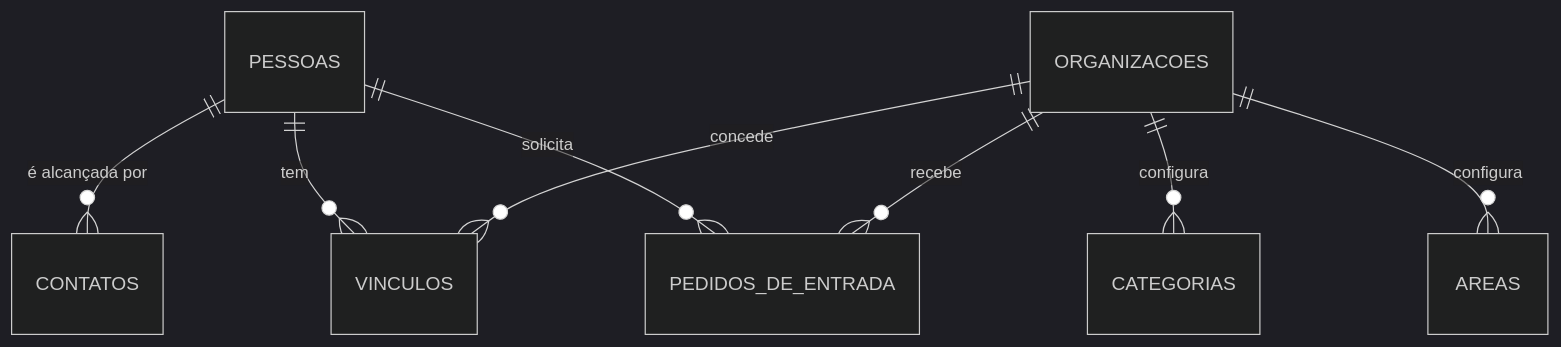
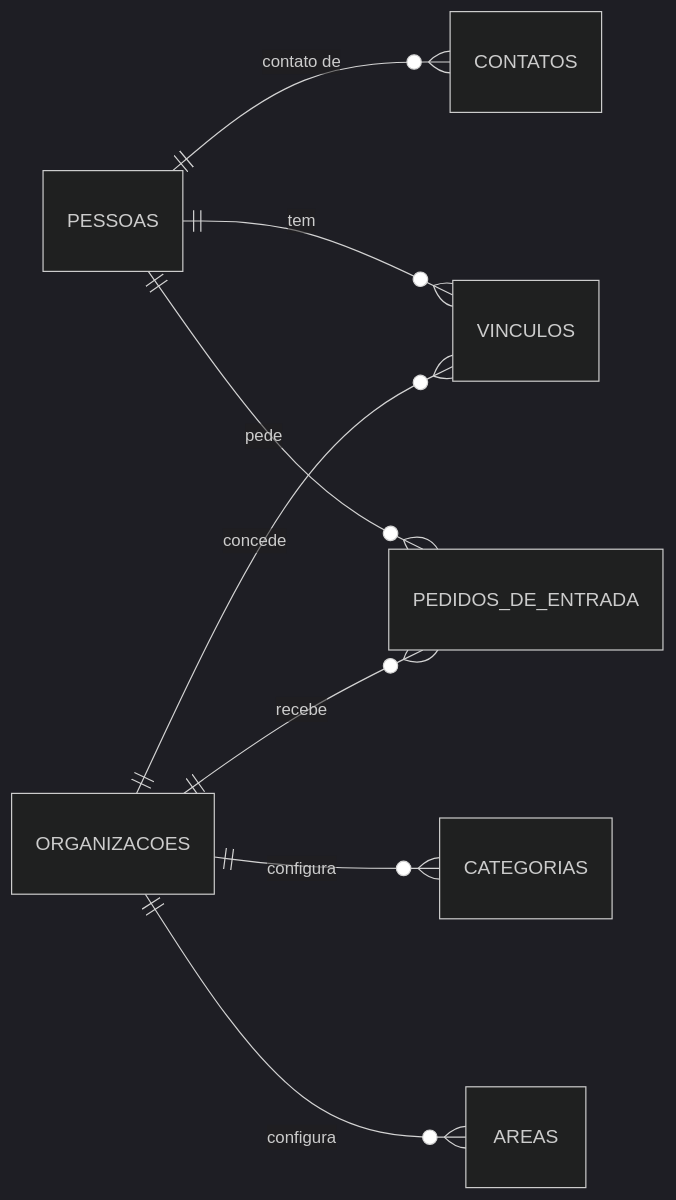
Before and after one commit to natanjunior/8FSDT-Hackathon: the first of 2 diagrams in docs/banco-de-dados.md, drawn with Mermaid (dark theme). The commit also changed other lines of this file and 9 other files, not shown here.

````diff
--- a/docs/banco-de-dados.md
+++ b/docs/banco-de-dados.md
@@ -34,11 +34,11 @@
 ```mermaid
 erDiagram
-    direction TB
-    PESSOAS ||--o{ CONTATOS : "é alcançada por"
+    direction LR
+    PESSOAS ||--o{ CONTATOS : "contato de"
     PESSOAS ||--o{ VINCULOS : "tem"
-    PESSOAS ||--o{ PEDIDOS_DE_ENTRADA : "solicita"
+    PESSOAS ||--o{ PEDIDOS_DE_ENTRADA : "pede"
     ORGANIZACOES ||--o{ VINCULOS : "concede"
     ORGANIZACOES ||--o{ PEDIDOS_DE_ENTRADA : "recebe"
     ORGANIZACOES ||--o{ CATEGORIAS : "configura"
     ORGANIZACOES ||--o{ AREAS : "configura"
 ```
````
